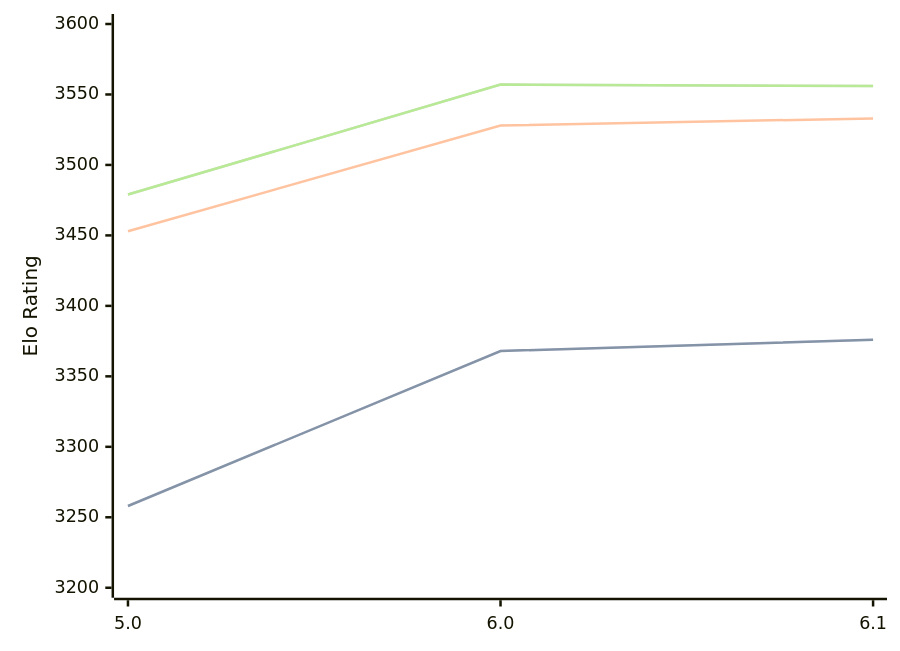
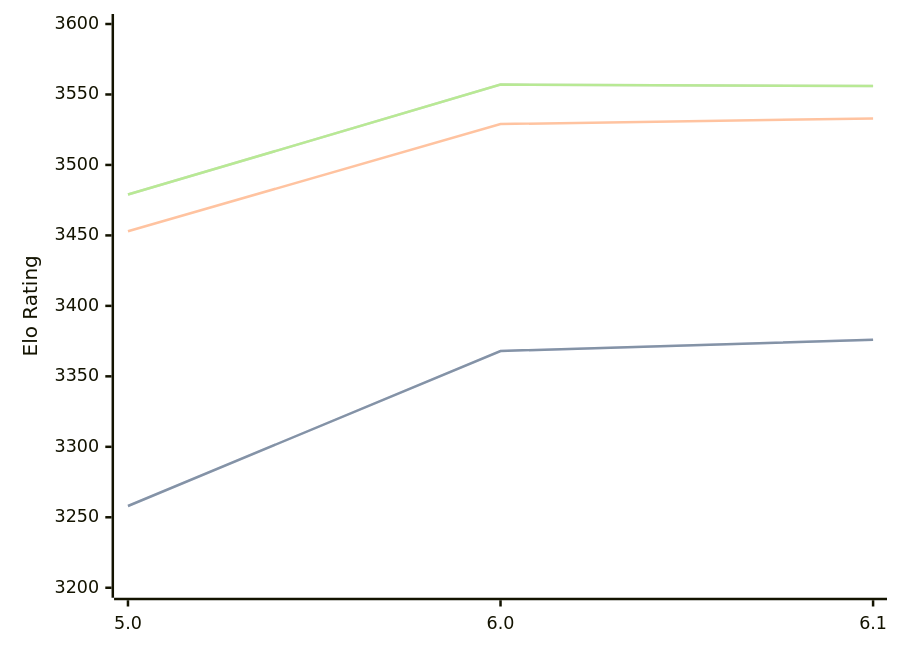
Before and after one commit to computer-chess-index/cci: the diagram in engines/Starzix.md, drawn with Mermaid. The commit also changed other lines of this file, not shown here.

````diff
--- a/engines/Starzix.md
+++ b/engines/Starzix.md
@@ -37,11 +37,11 @@
 ```mermaid
 %%{init: {"theme":"base","themeVariables":{"seriesColors:['#a3a3a3','#222221','#faa371']}}}%%
 xychart-beta
   x-axis ["5.0", "6.0", "6.1"]
   y-axis "Elo Rating" 3200 --> 3600
   line "STC (8.0+0.08s)" [3258, 3368, 3376]
   line "STC (8.0+0.08s)" [3258, 3368, 3376]
-  line "LTC (60.0+0.60s)" [3453, 3528, 3533]
+  line "LTC (60.0+0.60s)" [3453, 3529, 3533]
   line "VLTC (2m24s+1.12s)" [3479, 3557, 3556]
   line "VLTC (2m24s+1.12s)" [3479, 3557, 3556]
 ```
````
